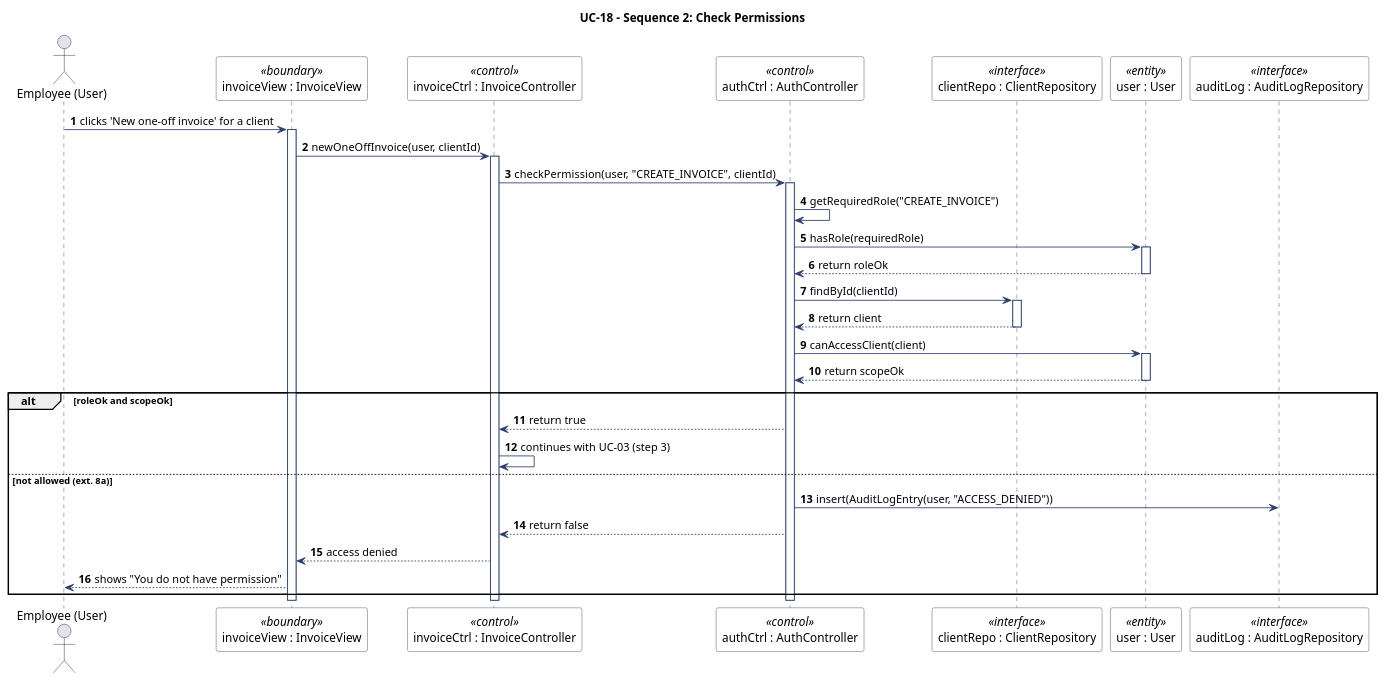
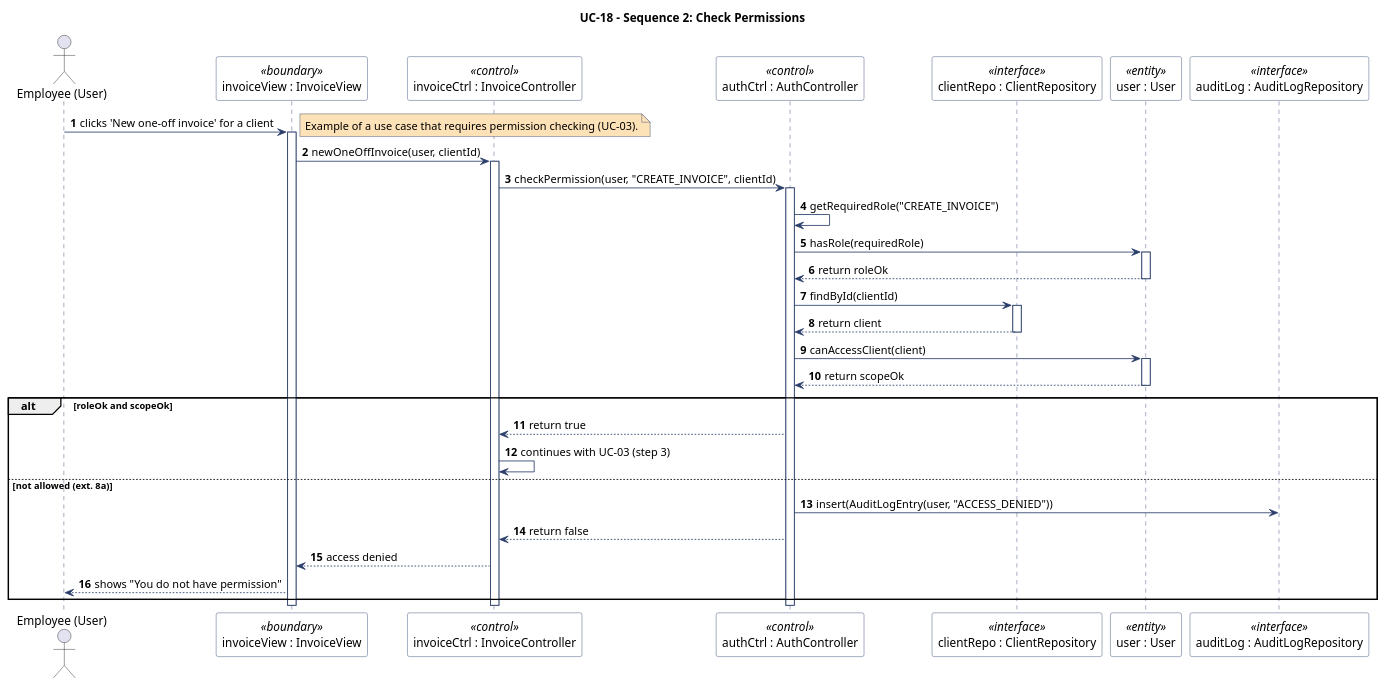
Before and after one commit to Navas05/ADA---Group-Project: the second of 2 diagrams in sequence_diagram_uc18.pu, drawn with PlantUML. The commit also changed other lines of this file and 11 other files, not shown here.

```diff
--- a/sequence_diagram_uc18.pu
+++ b/sequence_diagram_uc18.pu
@@ -91,72 +93,73 @@
 @startuml sequence_diagram_uc18_2
 ' ============================================================
 '  UC-18 - Sequence 2: Check permissions (step 8)
 '  Example: the employee starts UC-03 (new one-off invoice).
 '  Every controller calls checkPermission() in the same way.
 ' ============================================================
 
 skinparam shadowing false
 skinparam sequenceMessageAlign left
 skinparam participant {
     BackgroundColor #FFFFFF
     BorderColor #2B3E6A
 }
 skinparam sequence {
     ArrowColor #2B3E6A
     LifeLineBorderColor #2B3E6A
 }
 skinparam note {
     BackgroundColor #FDE2B8
     BorderColor #2B3E6A
 }
 autonumber
 
 title UC-18 - Sequence 2: Check Permissions
 
 actor "Employee (User)" as User
 participant "invoiceView : InvoiceView" as View <<boundary>>
 participant "invoiceCtrl : InvoiceController" as UCCtrl <<control>>
 participant "authCtrl : AuthController" as Ctrl <<control>>
 participant "clientRepo : ClientRepository" as CRepo <<interface>>
 participant "user : User" as U <<entity>>
 participant "auditLog : AuditLogRepository" as Audit <<interface>>
 
 User -> View : clicks 'New one-off invoice' for a client
+note right : Example of a use case that requires permission checking (UC-03).
 activate View
 View -> UCCtrl : newOneOffInvoice(user, clientId)
 activate UCCtrl
 
 UCCtrl -> Ctrl : checkPermission(user, "CREATE_INVOICE", clientId)
 activate Ctrl
 
 Ctrl -> Ctrl : getRequiredRole("CREATE_INVOICE")
 Ctrl -> U : hasRole(requiredRole)
 activate U
 U --> Ctrl : return roleOk
 deactivate U
 
 Ctrl -> CRepo : findById(clientId)
 activate CRepo
 CRepo --> Ctrl : return client
 deactivate CRepo
 
 Ctrl -> U : canAccessClient(client)
 activate U
 U --> Ctrl : return scopeOk
 deactivate U
 
 alt roleOk and scopeOk
     Ctrl --> UCCtrl : return true
     UCCtrl -> UCCtrl : continues with UC-03 (step 3)
 else not allowed (ext. 8a)
     Ctrl -> Audit : insert(AuditLogEntry(user, "ACCESS_DENIED"))
     Ctrl --> UCCtrl : return false
     UCCtrl --> View : access denied
     View --> User : shows "You do not have permission"
 end
 
 deactivate Ctrl
 deactivate UCCtrl
 deactivate View
 
 @enduml
```
